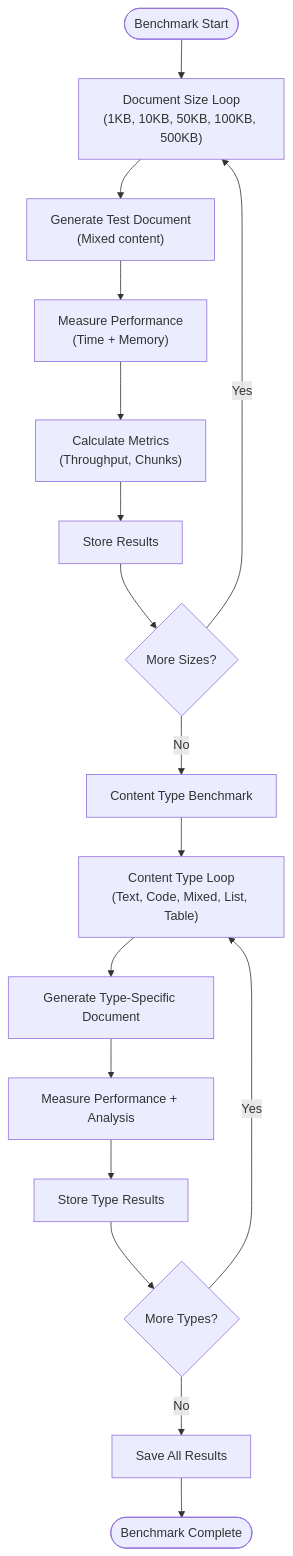
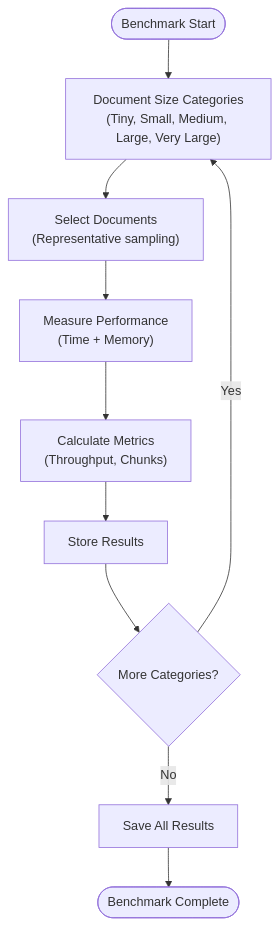
The second of 12 diagrams in .qoder/repowiki/en/content/Testing and Quality/Performance Benchmarks/Performance Benchmarks.md (asukhodko/dify-markdown-chunker), drawn with Mermaid before and after one commit. The commit also changed other lines of this file and 5 other files, not shown here.

````diff
--- a/.qoder/repowiki/en/content/Testing and Quality/Performance Benchmarks/Performance Benchmarks.md
+++ b/.qoder/repowiki/en/content/Testing and Quality/Performance Benchmarks/Performance Benchmarks.md
@@ -83,19 +103,12 @@
 ```mermaid
 flowchart TD
-Start([Benchmark Start]) --> SizeLoop["Document Size Loop<br/>(1KB, 10KB, 50KB, 100KB, 500KB)"]
-SizeLoop --> GenDoc["Generate Test Document<br/>(Mixed content)"]
-GenDoc --> Measure["Measure Performance<br/>(Time + Memory)"]
+Start([Benchmark Start]) --> SizeLoop["Document Size Categories<br/>(Tiny, Small, Medium, Large, Very Large)"]
+SizeLoop --> SelectDocs["Select Documents<br/>(Representative sampling)"]
+SelectDocs --> Measure["Measure Performance<br/>(Time + Memory)"]
 Measure --> CalcMetrics["Calculate Metrics<br/>(Throughput, Chunks)"]
 CalcMetrics --> StoreResults["Store Results"]
-StoreResults --> MoreSizes{"More Sizes?"}
+StoreResults --> MoreSizes{"More Categories?"}
 MoreSizes --> |Yes| SizeLoop
-MoreSizes --> |No| ContentType["Content Type Benchmark"]
-ContentType --> TypeLoop["Content Type Loop<br/>(Text, Code, Mixed, List, Table)"]
-TypeLoop --> GenTypeDoc["Generate Type-Specific Document"]
-GenTypeDoc --> MeasureType["Measure Performance + Analysis"]
-MeasureType --> StoreTypeResults["Store Type Results"]
-StoreTypeResults --> MoreTypes{"More Types?"}
-MoreTypes --> |Yes| TypeLoop
-MoreTypes --> |No| SaveResults["Save All Results"]
+MoreSizes --> |No| SaveResults["Save All Results"]
 SaveResults --> End([Benchmark Complete])
 ```
````
